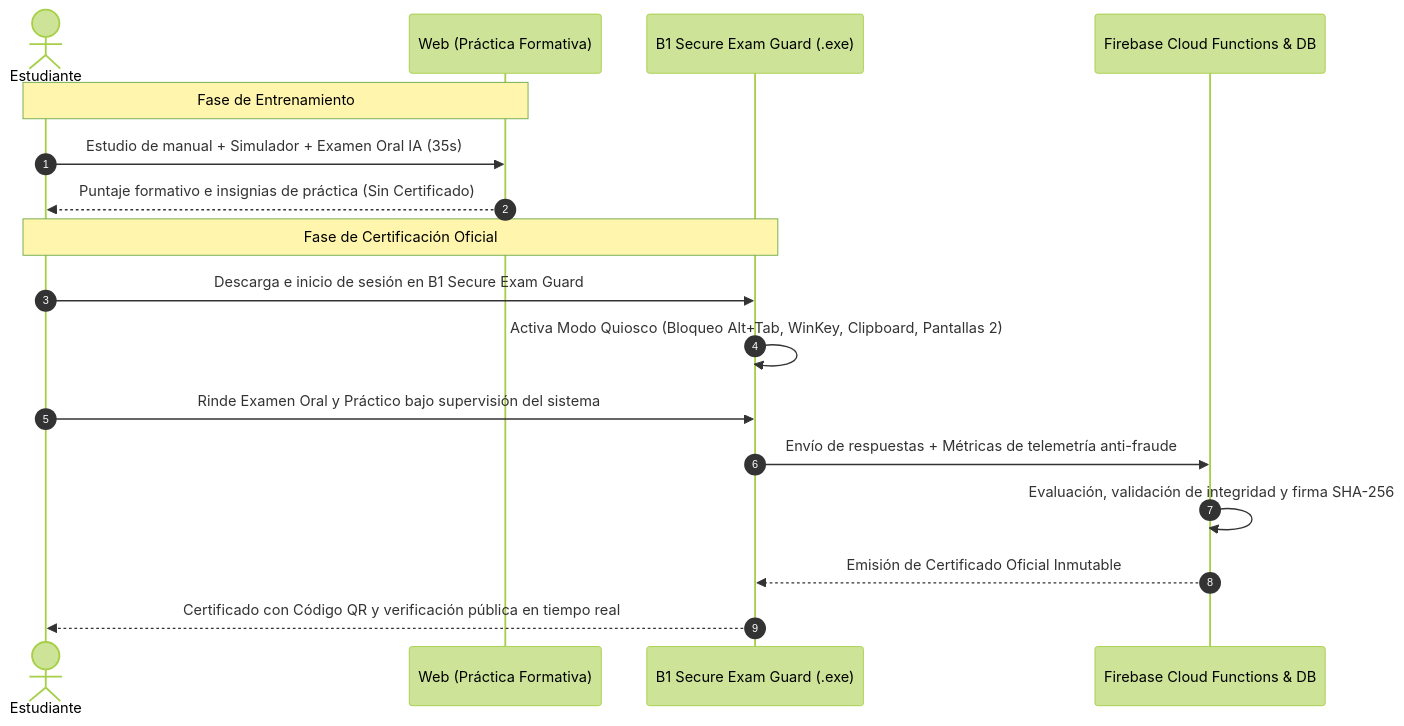
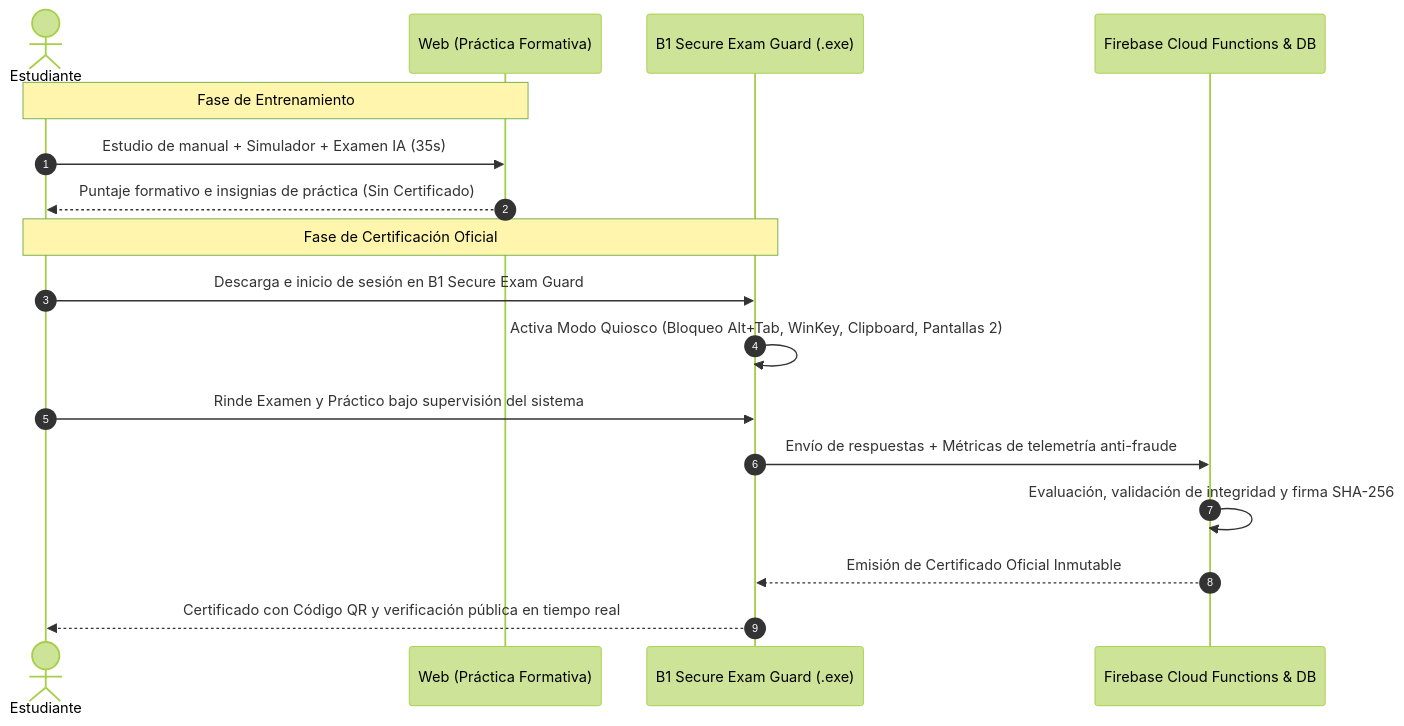
Before and after one commit to pablofgarciaf/B1-ACADEMY: the third of 3 diagrams in docs/06_LMS_Architecture.md, drawn with Mermaid (forest theme). The commit also changed other lines of this file and 25 other files, not shown here.

````diff
--- a/docs/06_LMS_Architecture.md
+++ b/docs/06_LMS_Architecture.md
@@ -156,21 +156,21 @@
 ```mermaid
 sequenceDiagram
     autonumber
     actor Alumno as Estudiante
     participant Web as Web (Práctica Formativa)
     participant App as B1 Secure Exam Guard (.exe)
     participant Cloud as Firebase Cloud Functions & DB
 
     Note over Alumno,Web: Fase de Entrenamiento
-    Alumno->>Web: Estudio de manual + Simulador + Examen Oral IA (35s)
+    Alumno->>Web: Estudio de manual + Simulador + Examen IA (35s)
     Web-->>Alumno: Puntaje formativo e insignias de práctica (Sin Certificado)
 
     Note over Alumno,App: Fase de Certificación Oficial
     Alumno->>App: Descarga e inicio de sesión en B1 Secure Exam Guard
     App->>App: Activa Modo Quiosco (Bloqueo Alt+Tab, WinKey, Clipboard, Pantallas 2)
-    Alumno->>App: Rinde Examen Oral y Práctico bajo supervisión del sistema
+    Alumno->>App: Rinde Examen y Práctico bajo supervisión del sistema
     App->>Cloud: Envío de respuestas + Métricas de telemetría anti-fraude
     Cloud->>Cloud: Evaluación, validación de integridad y firma SHA-256
     Cloud-->>App: Emisión de Certificado Oficial Inmutable
     App-->>Alumno: Certificado con Código QR y verificación pública en tiempo real
 ```
````
